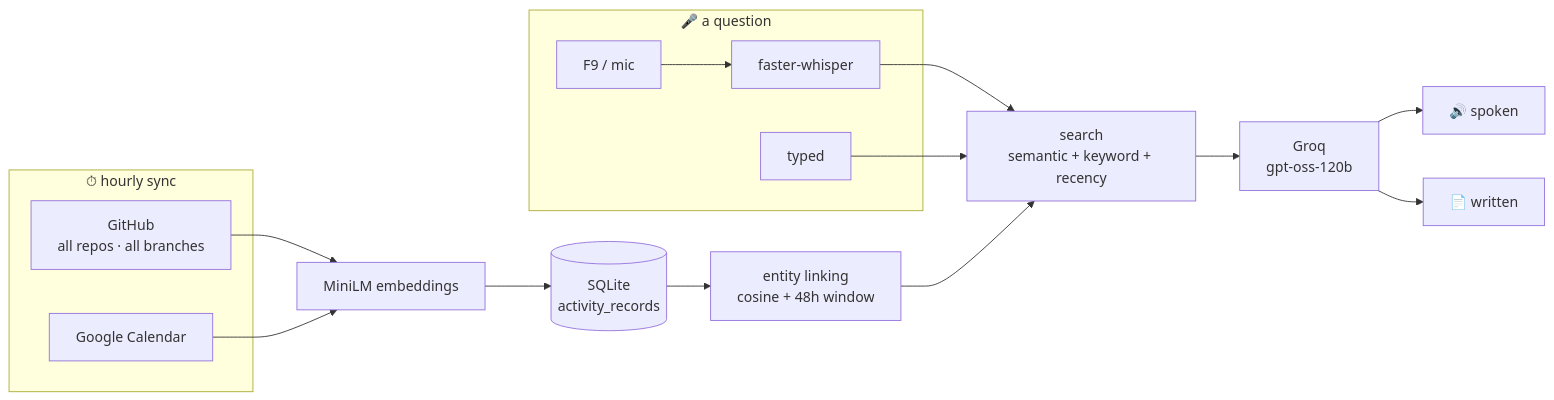
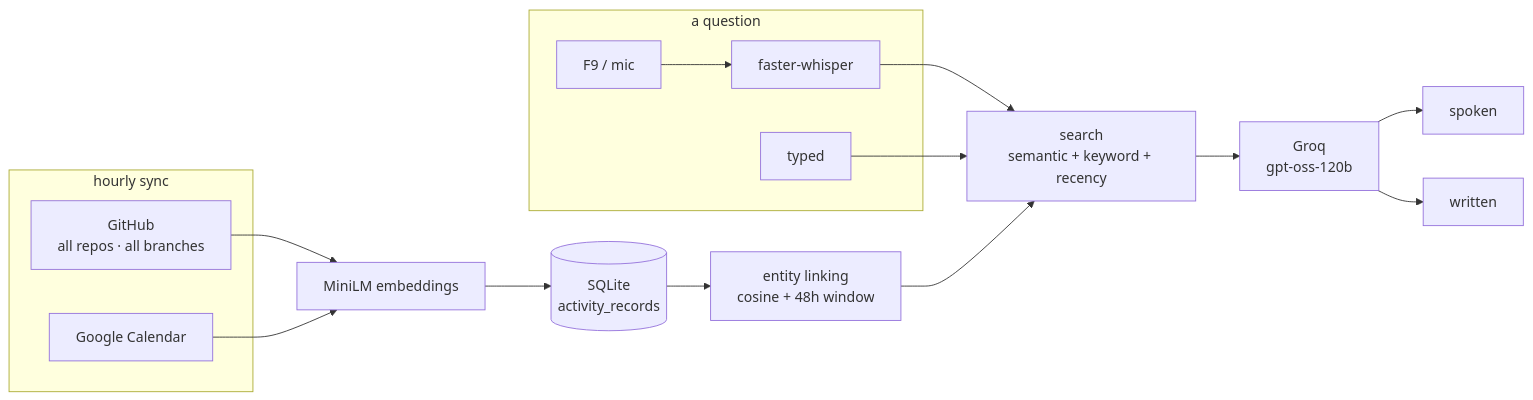
One commit to amogh-nagri-11/second-brain changed the diagram in README.md. Above: the diagram before and after it, drawn with Mermaid. The commit also changed other lines of this file, not shown here.

````diff
--- a/README.md
+++ b/README.md
@@ -37,24 +37,24 @@
 ```mermaid
 flowchart LR
-    subgraph ingest["⏱ hourly sync"]
+    subgraph ingest["hourly sync"]
         GH["GitHub<br/>all repos · all branches"]
         CAL["Google Calendar"]
     end
 
     GH --> EMB
     CAL --> EMB
     EMB["MiniLM embeddings"] --> DB[("SQLite<br/>activity_records")]
     DB --> CL["entity linking<br/>cosine + 48h window"]
 
-    subgraph query["🎤 a question"]
+    subgraph query["a question"]
         MIC["F9 / mic"] --> W["faster-whisper"]
         TYPE["typed"]
     end
 
     W --> S
     TYPE --> S
     CL --> S
     S["search<br/>semantic + keyword + recency"] --> LLM["Groq<br/>gpt-oss-120b"]
-    LLM --> SPK["🔊 spoken"]
-    LLM --> WRI["📄 written"]
+    LLM --> SPK["spoken"]
+    LLM --> WRI["written"]
 ```
````
